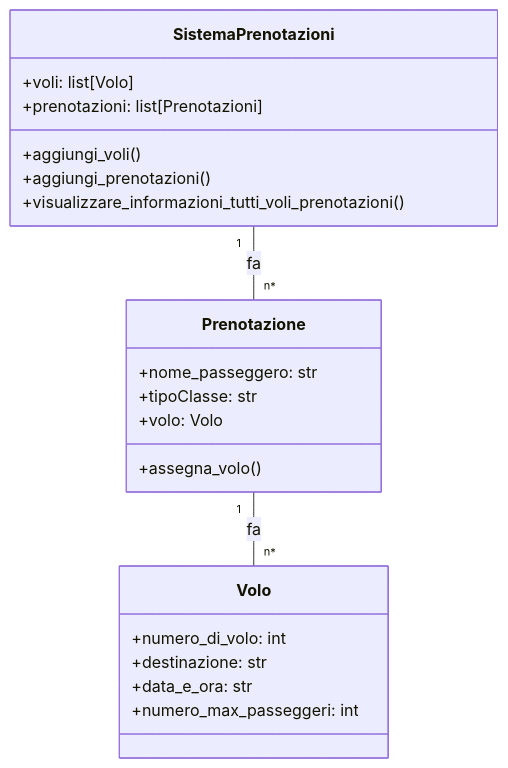
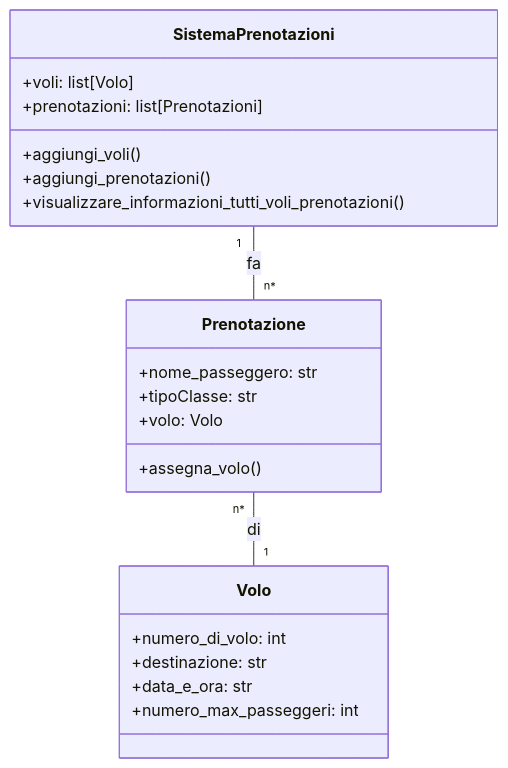
Before and after one commit to CristianMonticelli/io: the diagram in esercizio_27/monticelli_027.md, drawn with Mermaid. The commit also changed 9 other files, not shown here.

````diff
--- a/esercizio_27/monticelli_027.md
+++ b/esercizio_27/monticelli_027.md
@@ -1,29 +1,29 @@
 ```mermaid
 classDiagram
     class Volo{
         +numero_di_volo: int 
         +destinazione: str 
         +data_e_ora: str 
         +numero_max_passeggeri: int
     
     }
     class Prenotazione{
         +nome_passeggero: str
         +tipoClasse: str
         +volo: Volo
         +assegna_volo()
     }
     class SistemaPrenotazioni{
         +voli: list[Volo]
         +prenotazioni: list[Prenotazioni]
         +aggiungi_voli()
         +aggiungi_prenotazioni()
         +visualizzare_informazioni_tutti_voli_prenotazioni()
         
     
     }
     SistemaPrenotazioni"1" -- "n*" Prenotazione : fa
-    Prenotazione"1" -- "n*" Volo : fa
+    Prenotazione"n*" -- "1" Volo : di
 
     
 ```
````
